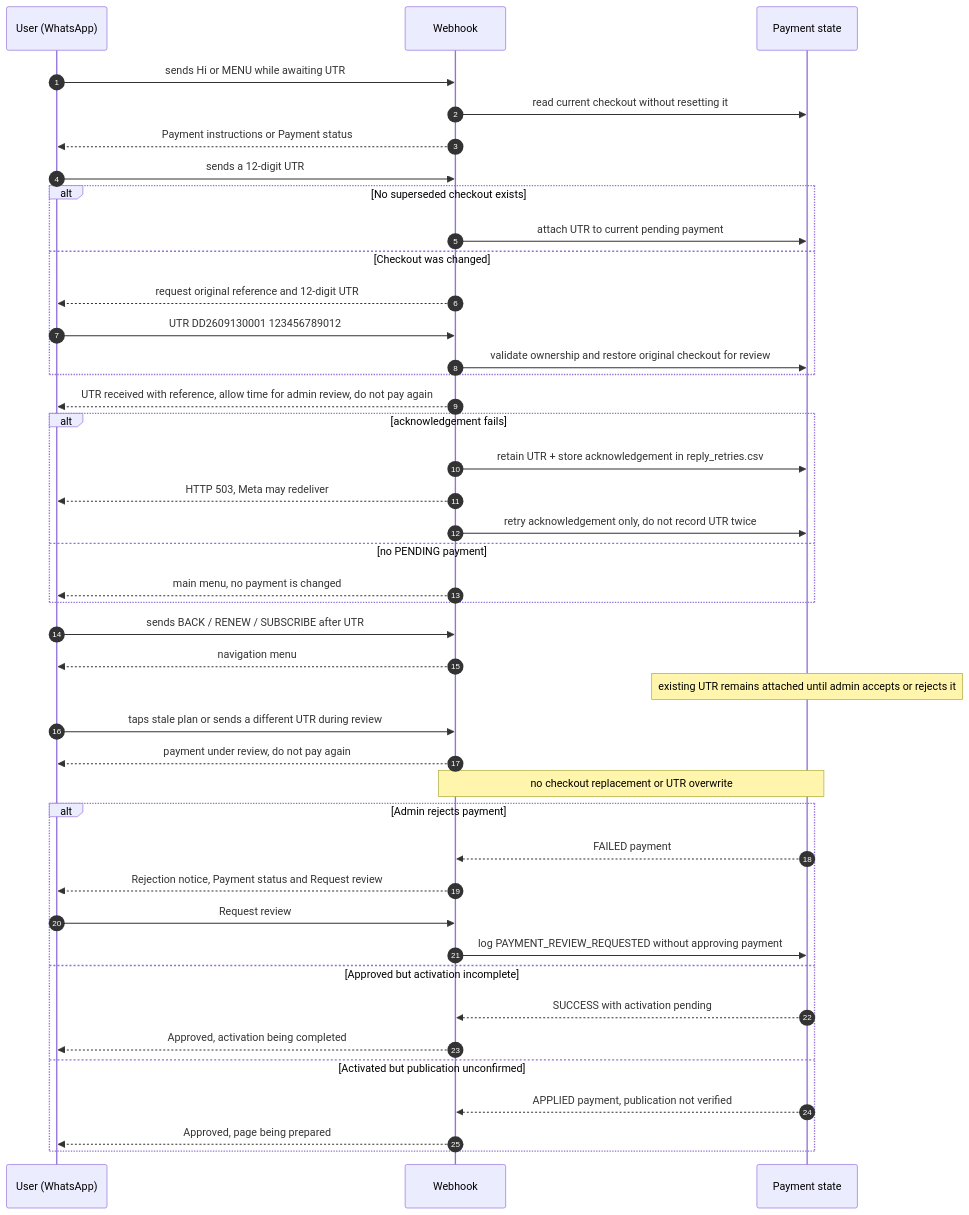
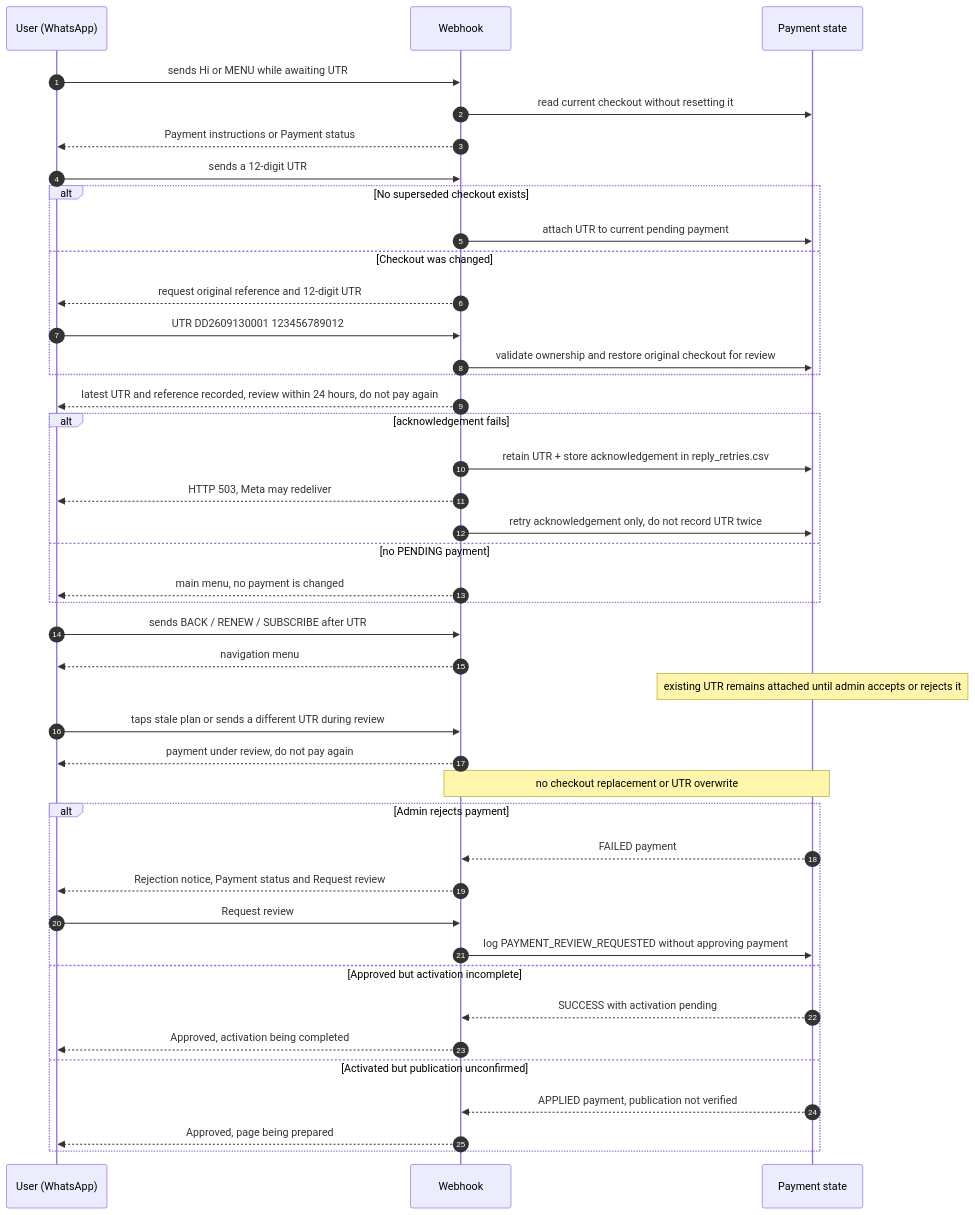
One commit to mishnit/daily-darshan changed the fifth of 11 diagrams in sequence-diagrams.md. Above: the diagram before and after it, drawn with Mermaid. The commit also changed 5 other files, not shown here.

````diff
--- a/sequence-diagrams.md
+++ b/sequence-diagrams.md
@@ -249,46 +249,46 @@
 ```mermaid
 sequenceDiagram
     autonumber
     participant User as User (WhatsApp)
     participant Web as Webhook
     participant State as Payment state
 
     User->>Web: sends Hi or MENU while awaiting UTR
     Web->>State: read current checkout without resetting it
     Web-->>User: Payment instructions or Payment status
     User->>Web: sends a 12-digit UTR
     alt No superseded checkout exists
         Web->>State: attach UTR to current pending payment
     else Checkout was changed
         Web-->>User: request original reference and 12-digit UTR
         User->>Web: UTR DD2609130001 123456789012
         Web->>State: validate ownership and restore original checkout for review
     end
-    Web-->>User: UTR received with reference, allow time for admin review, do not pay again
+    Web-->>User: latest UTR and reference recorded, review within 24 hours, do not pay again
     alt acknowledgement fails
         Web->>State: retain UTR + store acknowledgement in reply_retries.csv
         Web-->>User: HTTP 503, Meta may redeliver
         Web->>State: retry acknowledgement only, do not record UTR twice
     else no PENDING payment
         Web-->>User: main menu, no payment is changed
     end
 
     User->>Web: sends BACK / RENEW / SUBSCRIBE after UTR
     Web-->>User: navigation menu
     Note over State: existing UTR remains attached until admin accepts or rejects it
     User->>Web: taps stale plan or sends a different UTR during review
     Web-->>User: payment under review, do not pay again
     Note over Web,State: no checkout replacement or UTR overwrite
     alt Admin rejects payment
         State-->>Web: FAILED payment
         Web-->>User: Rejection notice, Payment status and Request review
         User->>Web: Request review
         Web->>State: log PAYMENT_REVIEW_REQUESTED without approving payment
     else Approved but activation incomplete
         State-->>Web: SUCCESS with activation pending
         Web-->>User: Approved, activation being completed
     else Activated but publication unconfirmed
         State-->>Web: APPLIED payment, publication not verified
         Web-->>User: Approved, page being prepared
     end
 ```
````
